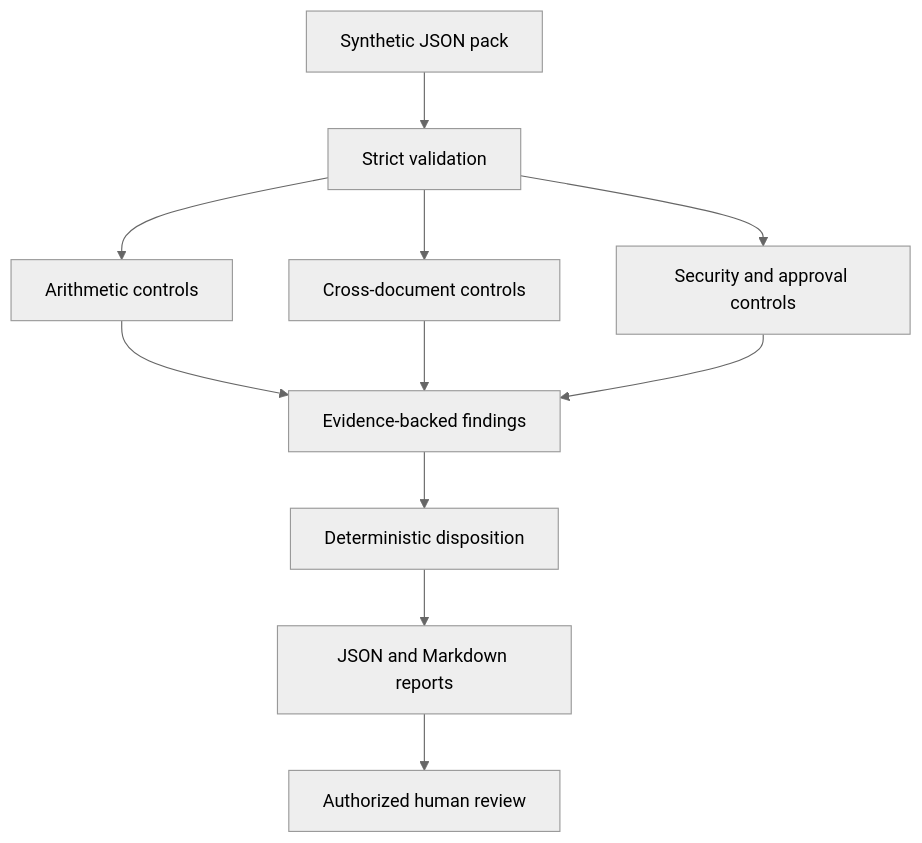
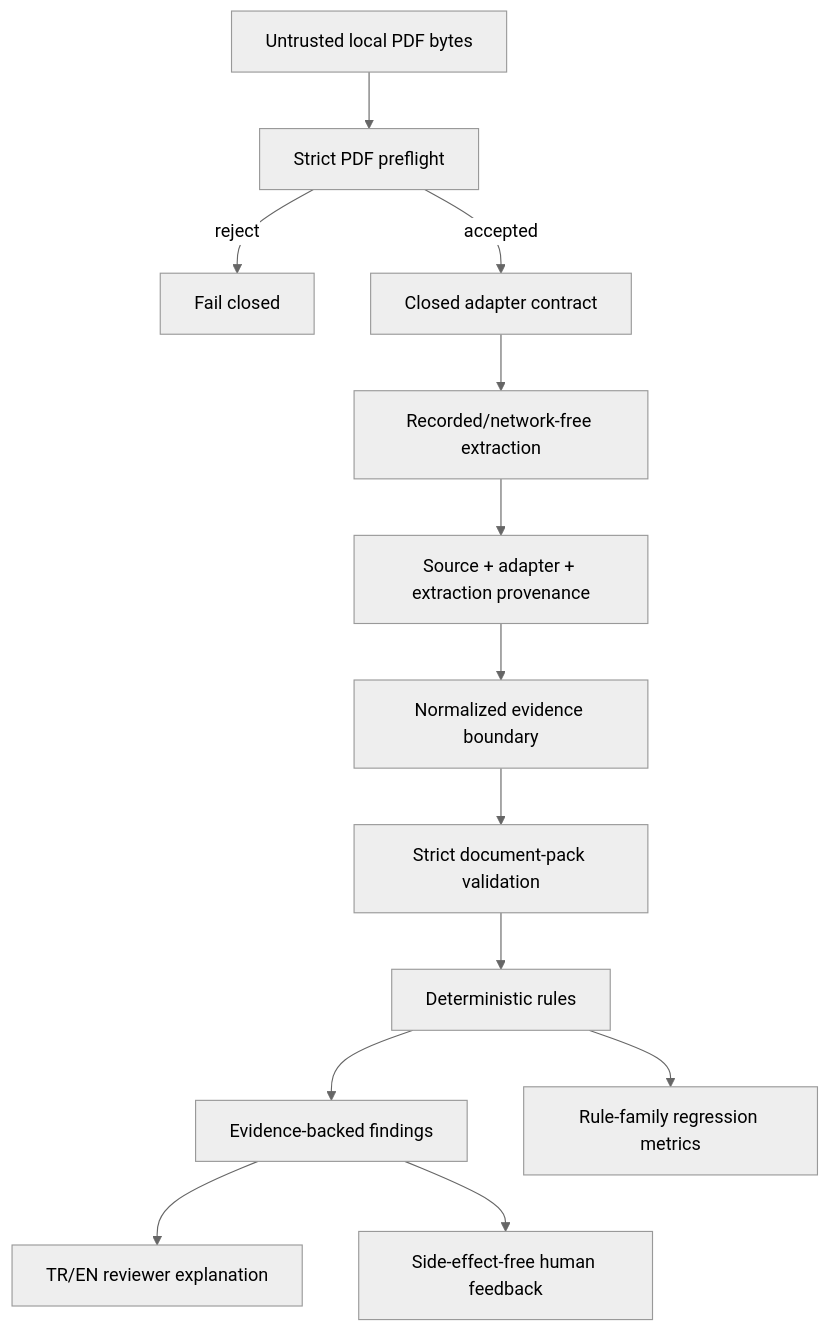
One commit to bilgekayali/structurax changed the diagram in docs/ARCHITECTURE.md. Above: the diagram before and after it, drawn with Mermaid (neutral theme). The commit also changed other lines of this file and 34 other files, not shown here.

````diff
--- a/docs/ARCHITECTURE.md
+++ b/docs/ARCHITECTURE.md
@@ -7,13 +9,15 @@
 ```mermaid
 flowchart TD
-    A["Synthetic JSON pack"] --> B["Strict validation"]
-    B --> C["Arithmetic controls"]
-    B --> D["Cross-document controls"]
-    B --> E["Security and approval controls"]
+    A["Untrusted local PDF bytes"] --> P["Strict PDF preflight"]
+    P -->|reject| Q["Fail closed"]
+    P -->|accepted| I["Closed adapter contract"]
+    I --> R["Recorded/network-free extraction"]
+    R --> V["Source + adapter + extraction provenance"]
+    V --> N["Normalized evidence boundary"]
+    N --> B["Strict document-pack validation"]
+    B --> C["Deterministic rules"]
     C --> F["Evidence-backed findings"]
-    D --> F
-    E --> F
-    F --> G["Deterministic disposition"]
-    G --> H["JSON and Markdown reports"]
-    H --> I["Authorized human review"]
+    F --> X["TR/EN reviewer explanation"]
+    F --> H["Side-effect-free human feedback"]
+    C --> M["Rule-family regression metrics"]
 ```
````
